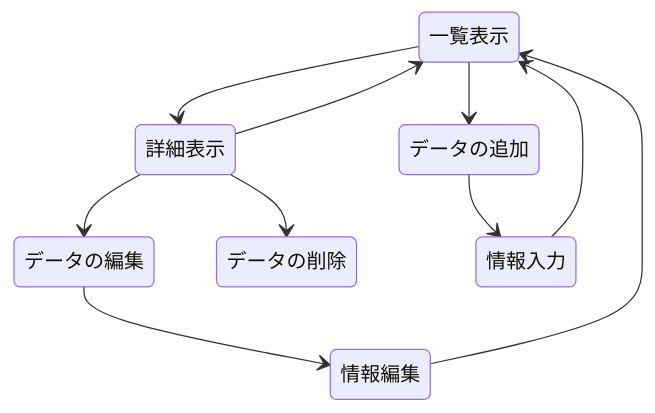
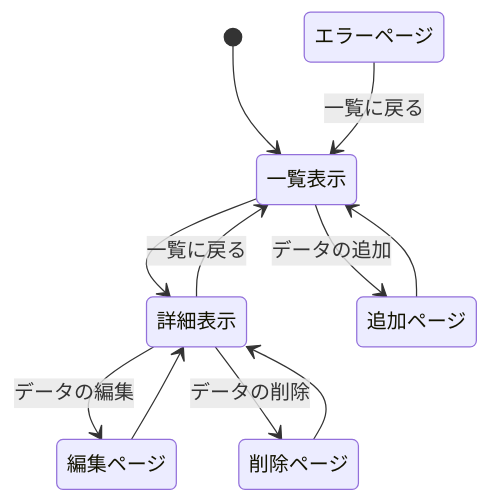
One commit to Eval-fk2/webpro_report changed the first of 2 diagrams in spec.md. Above: the diagram before and after it, drawn with Mermaid. The commit also changed other lines of this file and 103 other files, not shown here.

````diff
--- a/spec.md
+++ b/spec.md
@@ -9,15 +9,15 @@
 ```mermaid
 stateDiagram-v2
+    [*] --> 一覧表示
+    エラーページ --> 一覧表示:一覧に戻る
     一覧表示 --> 詳細表示
-    一覧表示　--> データの追加
+    一覧表示　--> 追加ページ:データの追加
+    追加ページ --> 一覧表示
 
-    詳細表示 --> データの編集
-    詳細表示 --> データの削除
-    詳細表示 --> 一覧表示 
+    詳細表示 --> 編集ページ:データの編集
+    詳細表示 --> 削除ページ:データの削除
+    詳細表示 --> 一覧表示:一覧に戻る
 
-    データの追加 --> 情報入力
-    情報入力 --> 一覧表示
-
-    データの編集 --> 情報編集
-    情報編集 --> 一覧表示
+    編集ページ --> 詳細表示
+    削除ページ --> 詳細表示
 ```
````
